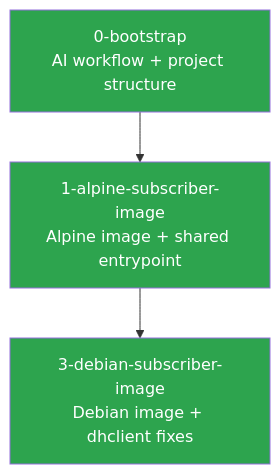
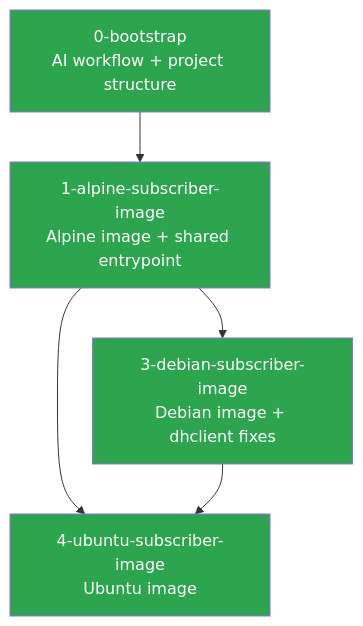
Before and after one commit to veesix-networks/bngtester: the diagram in context/SUMMARY.md, drawn with Mermaid. The commit also changed other lines of this file and 1 other file, not shown here.

````diff
--- a/context/SUMMARY.md
+++ b/context/SUMMARY.md
@@ -21,13 +22,17 @@
 ```mermaid
 graph TD
     B[0-bootstrap<br/>AI workflow + project structure]
     A[1-alpine-subscriber-image<br/>Alpine image + shared entrypoint]
     D[3-debian-subscriber-image<br/>Debian image + dhclient fixes]
+    U[4-ubuntu-subscriber-image<br/>Ubuntu image]
 
     B --> A
     A --> D
+    A --> U
+    D --> U
 
     style B fill:#2da44e,color:#fff
     style A fill:#2da44e,color:#fff
     style D fill:#2da44e,color:#fff
+    style U fill:#2da44e,color:#fff
 ```
````
